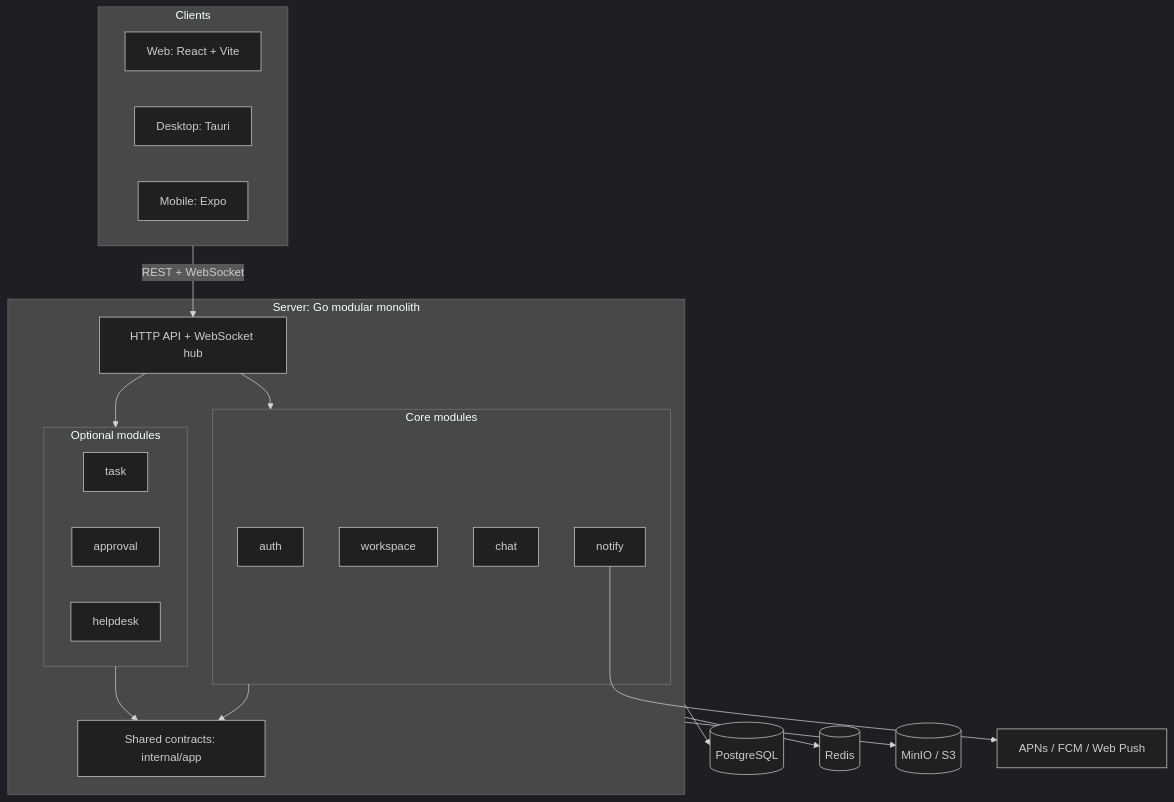
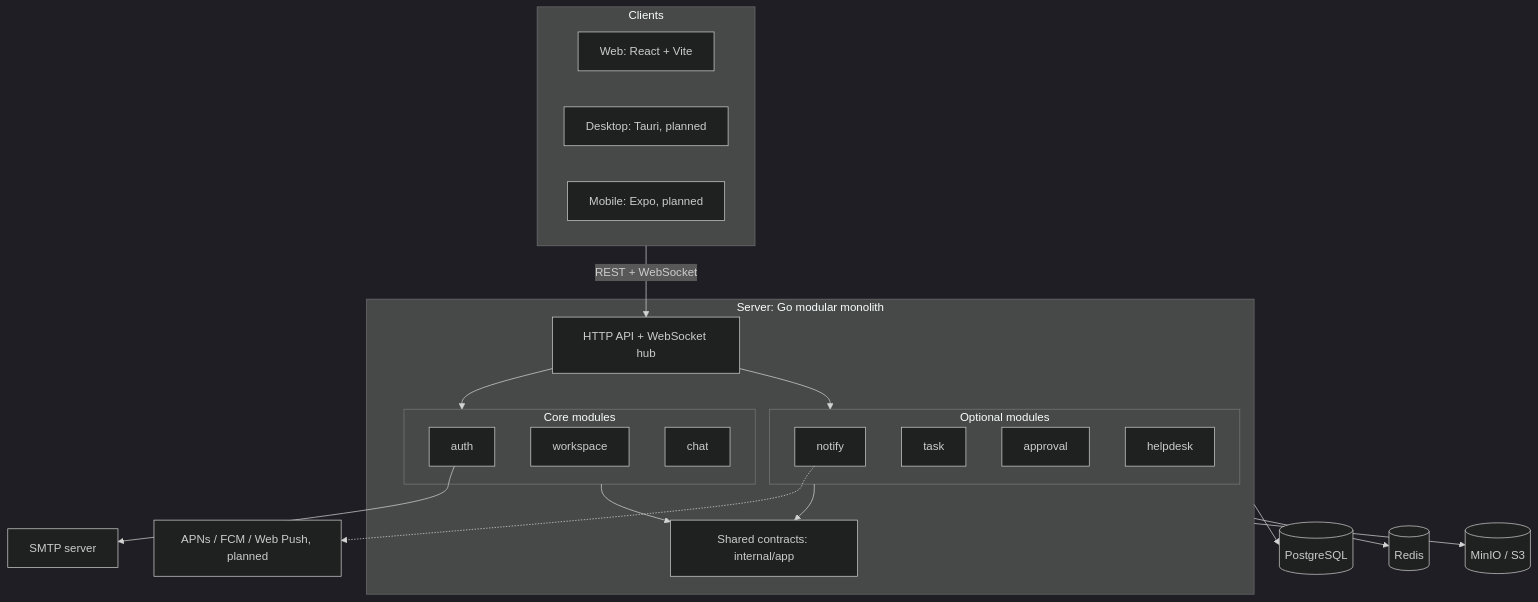
The first of 4 diagrams in docs/architecture.md (KPV2004/samnak-chat), drawn with Mermaid (dark theme) before and after one commit. The commit also changed other lines of this file and 5 other files, not shown here.

First line of the commit message:
docs(release): v0.1.0 README, changelog and architecture (M6-11)

````diff
--- a/docs/architecture.md
+++ b/docs/architecture.md
@@ -11,39 +13,41 @@
 ```mermaid
 flowchart TB
     subgraph Clients
         WEB[Web: React + Vite]
-        DESK[Desktop: Tauri]
-        MOB[Mobile: Expo]
+        DESK[Desktop: Tauri, planned]
+        MOB[Mobile: Expo, planned]
     end
 
     subgraph Server["Server: Go modular monolith"]
         GW[HTTP API + WebSocket hub]
         subgraph Core["Core modules"]
             AUTH[auth]
             WSP[workspace]
             CHAT[chat]
-            NOTI[notify]
         end
         subgraph Optional["Optional modules"]
+            NOTI[notify]
             TASK[task]
             APR[approval]
             HD[helpdesk]
         end
         APP[Shared contracts: internal/app]
     end
 
     PG[(PostgreSQL)]
     RD[(Redis)]
     S3[(MinIO / S3)]
-    PUSH[APNs / FCM / Web Push]
+    SMTP[SMTP server]
+    PUSH[APNs / FCM / Web Push, planned]
 
     Clients -->|REST + WebSocket| GW
     GW --> Core
     GW --> Optional
     Core --> APP
     Optional --> APP
     Server --> PG
     Server --> RD
     Server --> S3
-    NOTI --> PUSH
+    AUTH --> SMTP
+    NOTI -.-> PUSH
 ```
````
